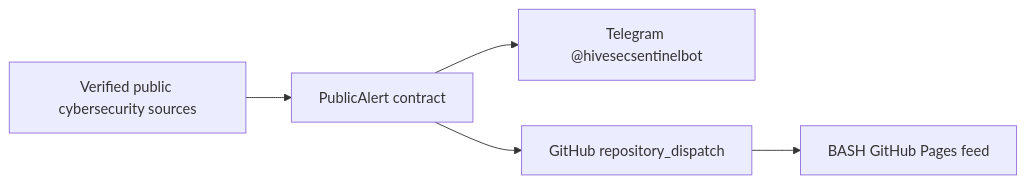
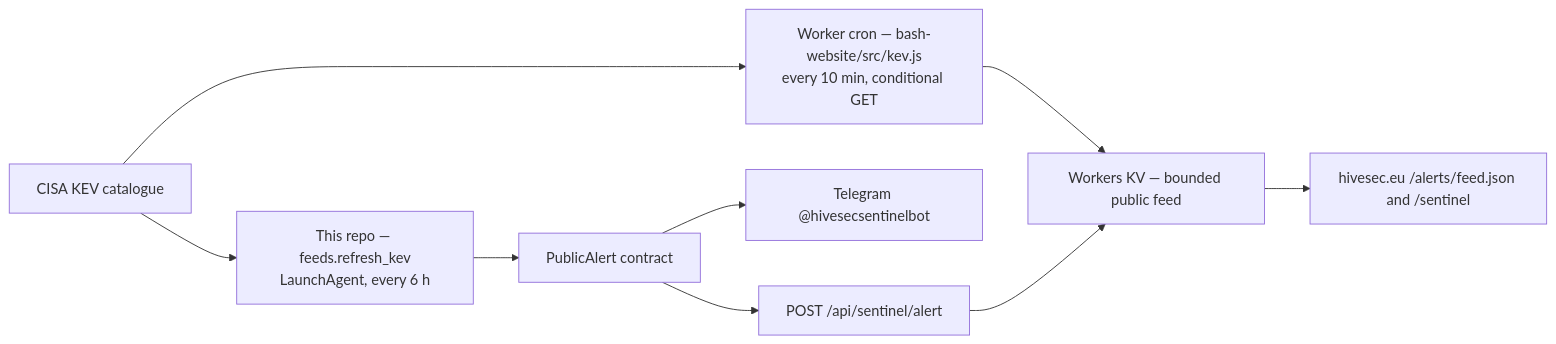
The diagram in docs/ARCHITECTURE.md (bashhive/sentinel), drawn with Mermaid before and after one commit. The commit also changed other lines of this file and 5 other files, not shown here.

````diff
--- a/docs/ARCHITECTURE.md
+++ b/docs/ARCHITECTURE.md
@@ -3,7 +12,11 @@
 ```mermaid
 flowchart LR
-    S["Verified public cybersecurity sources"] --> A["PublicAlert contract"]
+    K["CISA KEV catalogue"] --> C1["Worker cron — bash-website/src/kev.js<br/>every 10 min, conditional GET"]
+    K --> C2["This repo — feeds.refresh_kev<br/>LaunchAgent, every 6 h"]
+    C1 --> KV["Workers KV — bounded public feed"]
+    C2 --> A["PublicAlert contract"]
     A --> T["Telegram @hivesecsentinelbot"]
-    A --> R["GitHub repository_dispatch"]
-    R --> P["BASH GitHub Pages feed"]
+    A --> I["POST /api/sentinel/alert"]
+    I --> KV
+    KV --> S["hivesec.eu /alerts/feed.json and /sentinel"]
 ```
````
